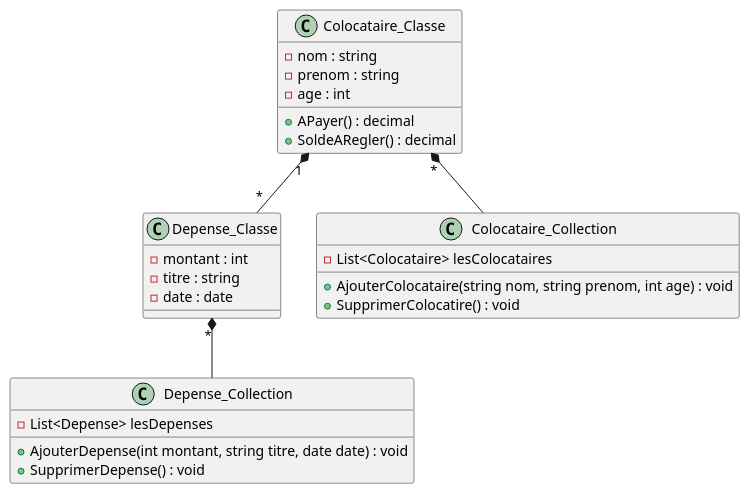
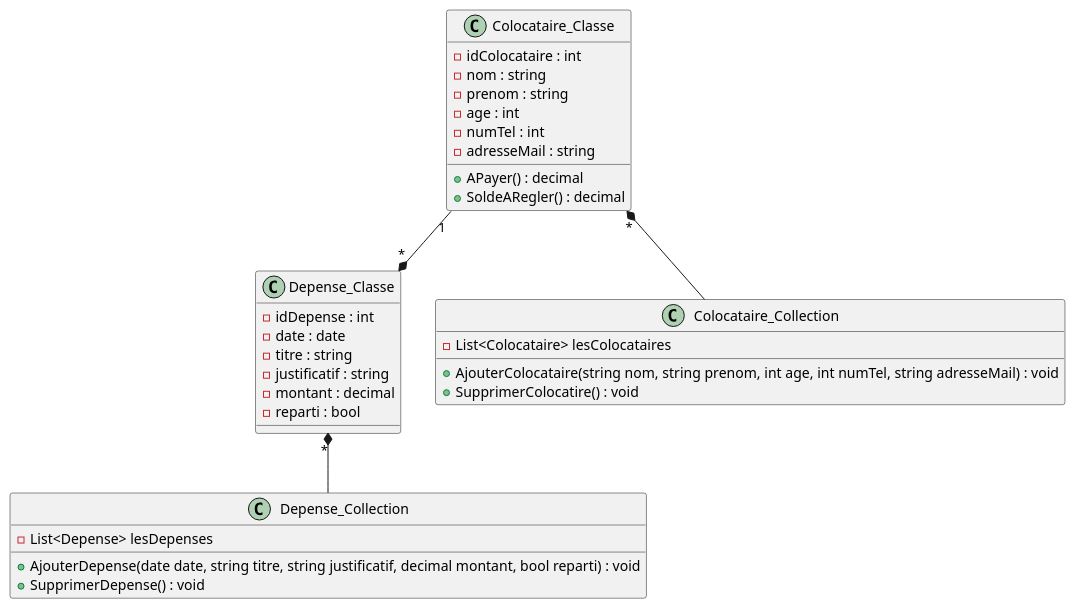
Before and after one commit to MihutaMihail/application_crous: the sixth of 6 diagrams in README.md, drawn with PlantUML. The commit also changed other lines of this file, not shown here.

````diff
--- a/README.md
+++ b/README.md
@@ -186,34 +216,40 @@
 ```plantuml
 @startuml model1
 scale 1
 
 class Depense_Classe {
-    - montant : int
+    - idDepense : int
+    - date : date
     - titre : string
-    - date : date
+    - justificatif : string
+    - montant : decimal
+    - reparti : bool
 }
 class Depense_Collection {
     - List<Depense> lesDepenses
-    + AjouterDepense(int montant, string titre, date date) : void
+    + AjouterDepense(date date, string titre, string justificatif, decimal montant, bool reparti) : void
     + SupprimerDepense() : void
 }
 
 class Colocataire_Classe {
+    - idColocataire : int
     - nom : string
     - prenom : string
     - age : int
+    - numTel : int
+    - adresseMail : string
     + APayer() : decimal
     + SoldeARegler() : decimal
 }
 class Colocataire_Collection {
     - List<Colocataire> lesColocataires
-    + AjouterColocataire(string nom, string prenom, int age) : void
+    + AjouterColocataire(string nom, string prenom, int age, int numTel, string adresseMail) : void
     + SupprimerColocatire() : void
 }
 
-Colocataire_Classe "1" *-- "*" Depense_Classe
+Colocataire_Classe "1" --* "*" Depense_Classe
 Colocataire_Classe "*" *-- Colocataire_Collection
 Depense_Classe "*" *-- Depense_Collection
 
 @enduml
 ```
````
